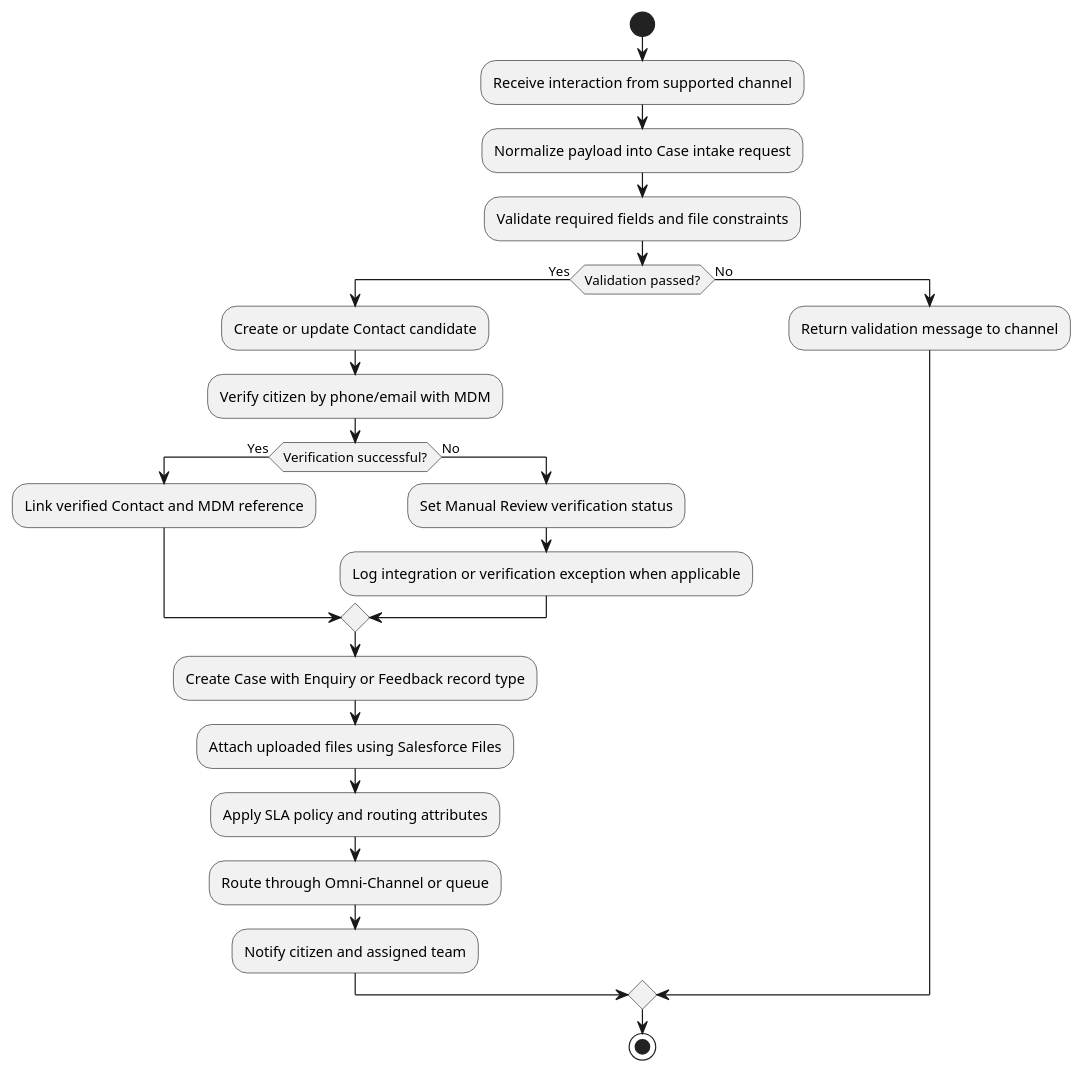
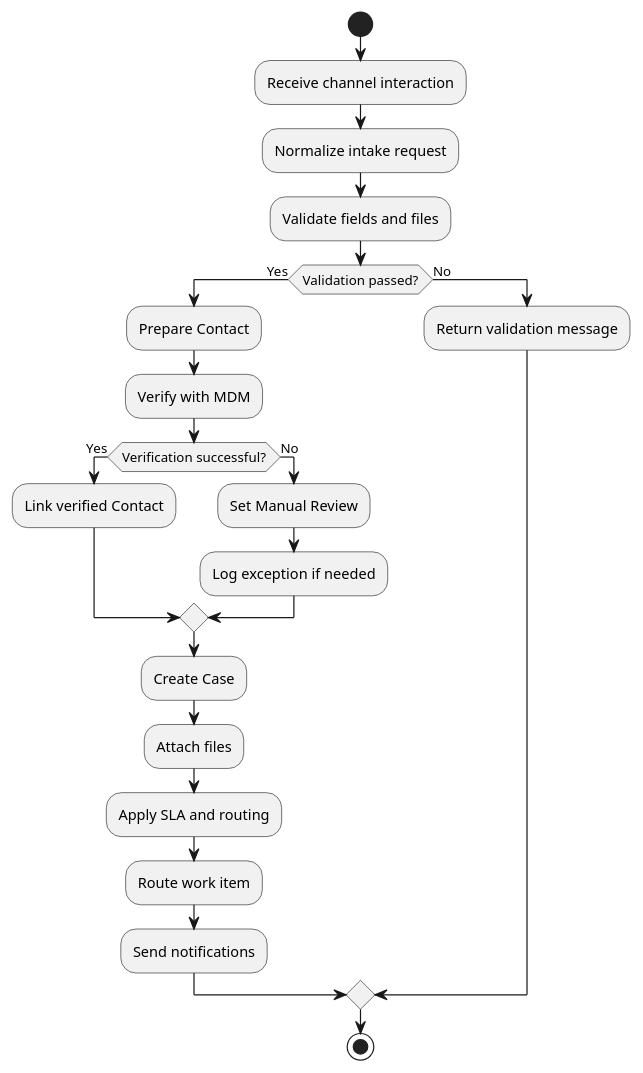
The diagram in puml task2/07.02 Application Flow.puml (jimmytobing/virtusa), drawn with PlantUML before and after one commit. The commit also changed 29 other files, not shown here.

```diff
--- a/puml task2/07.02 Application Flow.puml
+++ b/puml task2/07.02 Application Flow.puml
@@ -1,27 +1,27 @@
 @startuml
 start
 
-:Receive interaction from supported channel;
-:Normalize payload into Case intake request;
-:Validate required fields and file constraints;
+:Receive channel interaction;
+:Normalize intake request;
+:Validate fields and files;
 
 if (Validation passed?) then (Yes)
-  :Create or update Contact candidate;
-  :Verify citizen by phone/email with MDM;
+  :Prepare Contact;
+  :Verify with MDM;
   if (Verification successful?) then (Yes)
-    :Link verified Contact and MDM reference;
+    :Link verified Contact;
   else (No)
-    :Set Manual Review verification status;
-    :Log integration or verification exception when applicable;
+    :Set Manual Review;
+    :Log exception if needed;
   endif
-  :Create Case with Enquiry or Feedback record type;
-  :Attach uploaded files using Salesforce Files;
-  :Apply SLA policy and routing attributes;
-  :Route through Omni-Channel or queue;
-  :Notify citizen and assigned team;
+  :Create Case;
+  :Attach files;
+  :Apply SLA and routing;
+  :Route work item;
+  :Send notifications;
 else (No)
-  :Return validation message to channel;
+  :Return validation message;
 endif
 
 stop
 @enduml
```
